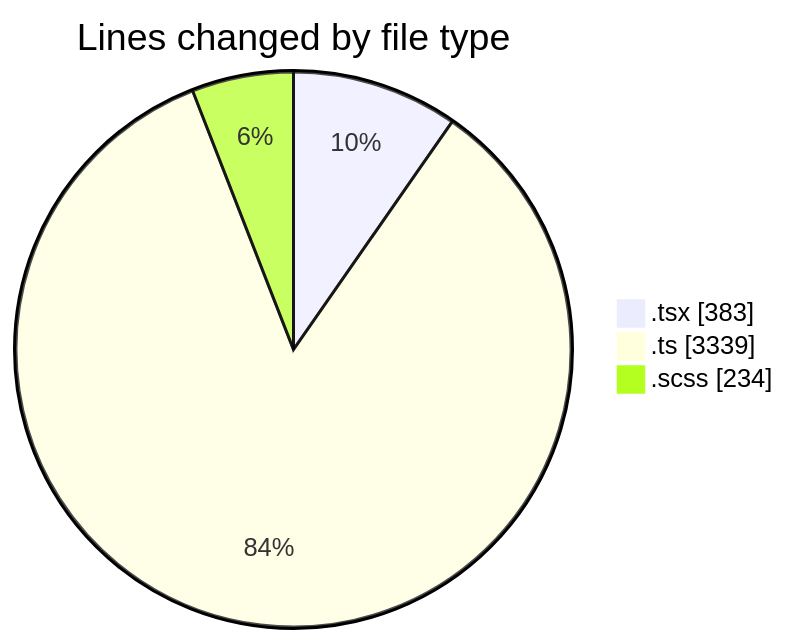
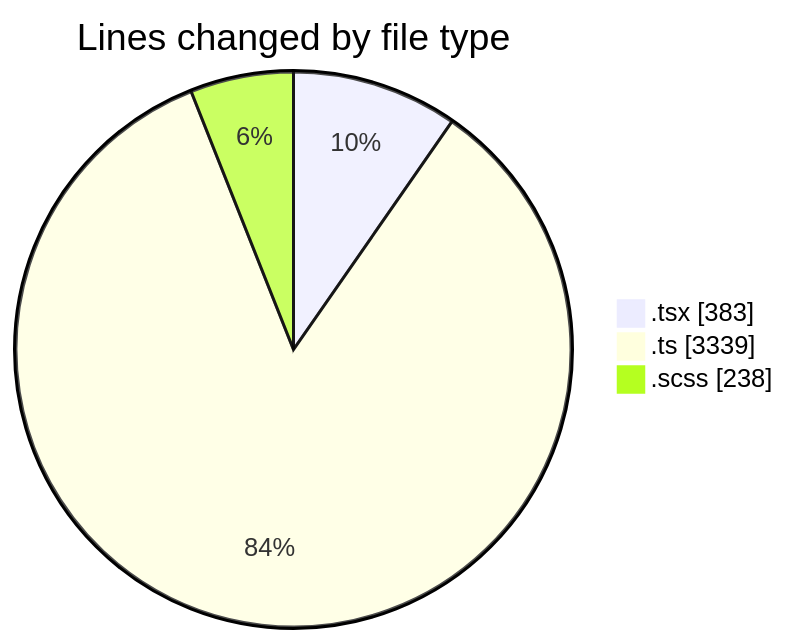
Before and after one commit to momahboobian/code-tracking: the first of 2 diagrams in 2025-09-17/cda/README.md, drawn with Mermaid. The commit also changed other lines of this file and 1 other file, not shown here.

````diff
--- a/2025-09-17/cda/README.md
+++ b/2025-09-17/cda/README.md
@@ -24,7 +24,7 @@
 ```mermaid
 pie showData
 title Lines changed by file type
 ".tsx" : 383
 ".ts" : 3339
-".scss" : 234
+".scss" : 238
 ```
````
